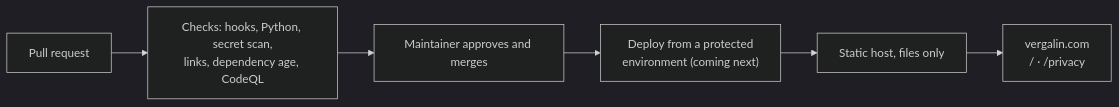
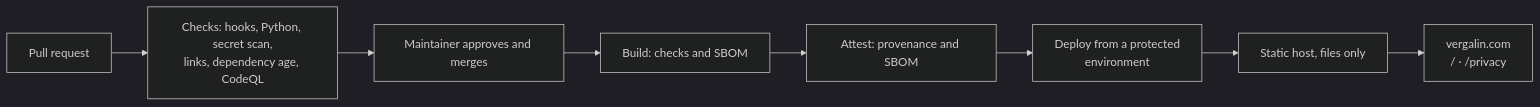
Before and after one commit to dinesh-ad/vergalin: the diagram in README.md, drawn with Mermaid (dark theme). The commit also changed other lines of this file and 3 other files, not shown here.

````diff
--- a/README.md
+++ b/README.md
@@ -18,8 +19,10 @@
 ```mermaid
 flowchart LR
   PR[Pull request] --> CK["Checks: hooks, Python, secret scan,<br/>links, dependency age, CodeQL"]
   CK --> OM[Maintainer approves and merges]
-  OM --> DP["Deploy from a protected<br/>environment (coming next)"]
+  OM --> BD["Build: checks and SBOM"]
+  BD --> AT["Attest: provenance and SBOM"]
+  AT --> DP["Deploy from a protected<br/>environment"]
   DP --> SH[Static host, files only]
   SH --> LIVE["vergalin.com<br/>/ · /privacy"]
 ```
````
